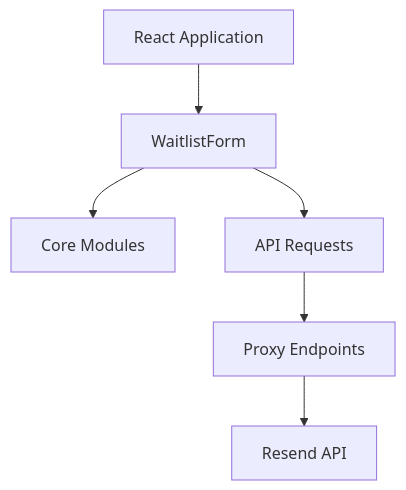
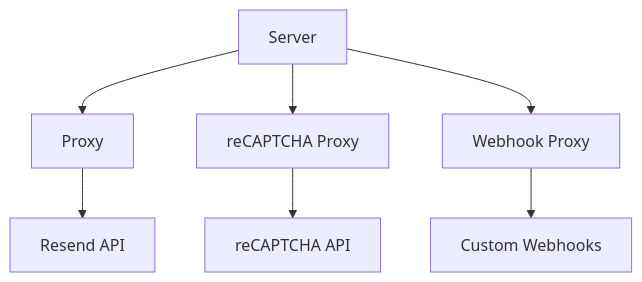
The fifth of 9 diagrams in docs/architecture.md (pmatheusvinhas/react-waitlist), drawn with Mermaid before and after one commit. The commit also changed other lines of this file and 36 other files, not shown here.

````diff
--- a/docs/architecture.md
+++ b/docs/architecture.md
@@ -80,8 +101,9 @@
 ```mermaid
 graph TD
-    A[React Application] --> B[WaitlistForm]
-    B --> C[Core Modules]
-    B --> D[API Requests]
-    D --> E[Proxy Endpoints]
-    E --> F[Resend API]
+    A[Server] --> B[Proxy]
+    A --> C[reCAPTCHA Proxy]
+    A --> D[Webhook Proxy]
+    B --> E[Resend API]
+    C --> F[reCAPTCHA API]
+    D --> G[Custom Webhooks]
 ```
````
